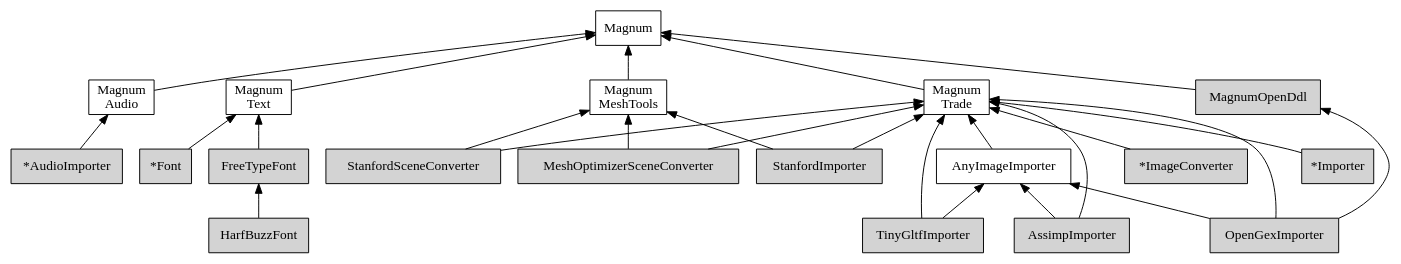
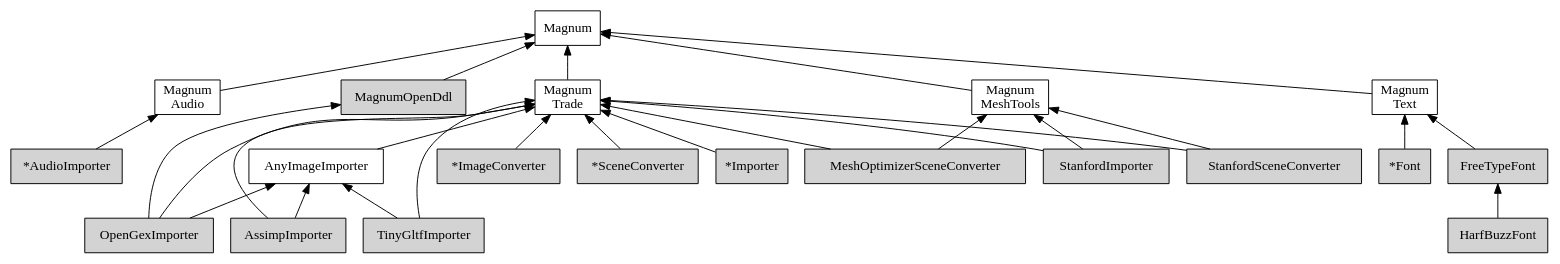
One commit to mosra/magnum-plugins changed the diagram in doc/custom-buildsystems-plugins-order.dot. Above: the diagram before and after it, drawn with Graphviz. The commit also changed 1 other file, not shown here.

```diff
--- a/doc/custom-buildsystems-plugins-order.dot
+++ b/doc/custom-buildsystems-plugins-order.dot
@@ -1,83 +1,85 @@
 /*
     This file is part of Magnum.
 
     Copyright © 2010, 2011, 2012, 2013, 2014, 2015, 2016, 2017, 2018, 2019,
                 2020 Vladimír Vondruš <mosra@centrum.cz>
 
     Permission is hereby granted, free of charge, to any person obtaining a
     copy of this software and associated documentation files (the "Software"),
     to deal in the Software without restriction, including without limitation
     the rights to use, copy, modify, merge, publish, distribute, sublicense,
     and/or sell copies of the Software, and to permit persons to whom the
     Software is furnished to do so, subject to the following conditions:
 
     The above copyright notice and this permission notice shall be included
     in all copies or substantial portions of the Software.
 
     THE SOFTWARE IS PROVIDED "AS IS", WITHOUT WARRANTY OF ANY KIND, EXPRESS OR
     IMPLIED, INCLUDING BUT NOT LIMITED TO THE WARRANTIES OF MERCHANTABILITY,
     FITNESS FOR A PARTICULAR PURPOSE AND NONINFRINGEMENT. IN NO EVENT SHALL
     THE AUTHORS OR COPYRIGHT HOLDERS BE LIABLE FOR ANY CLAIM, DAMAGES OR OTHER
     LIABILITY, WHETHER IN AN ACTION OF CONTRACT, TORT OR OTHERWISE, ARISING
     FROM, OUT OF OR IN CONNECTION WITH THE SOFTWARE OR THE USE OR OTHER
     DEALINGS IN THE SOFTWARE.
 */
 
 digraph "Magnum Plugins dependency order" {
     rankdir=BT
     ranksep=0.5
     node [style=filled shape=rect margin="0.03,0.03"]
 
     Magnum [style=solid class="m-info"]
     MagnumAudio [style=solid label="Magnum\nAudio" class="m-info"]
     MagnumMeshTools [style=solid label="Magnum\nMeshTools" class="m-info"]
     MagnumText [style=solid label="Magnum\nText" class="m-info"]
     MagnumTrade [style=solid label="Magnum\nTrade" class="m-info"]
 
     {rank=same MagnumAudio MagnumMeshTools MagnumText MagnumTrade}
 
     AnyImageImporter [style=solid class="m-success"]
 
     MagnumOpenDdl [class="m-info"]
 
     AudioImporter [label="*AudioImporter" class="m-success"]
     ImageConverter [label="*ImageConverter" class="m-success"]
+    SceneConverter [label="*SceneConverter" class="m-success"]
     Importer [label="*Importer" class="m-success"]
     Font [label="*Font" class="m-success"]
 
     AssimpImporter [class="m-success"]
     FreeTypeFont [class="m-success"]
     HarfBuzzFont [class="m-success"]
     OpenGexImporter [class="m-success"]
     TinyGltfImporter [class="m-success"]
 
     MagnumAudio -> Magnum [class="m-info"]
     MagnumMeshTools -> Magnum [class="m-info"]
     MagnumText -> Magnum [class="m-info"]
     MagnumTrade -> Magnum [class="m-info"]
 
     AnyImageImporter -> MagnumTrade [class="m-success"]
 
     MagnumOpenDdl -> Magnum
 
     AudioImporter -> MagnumAudio
     ImageConverter -> MagnumTrade
+    SceneConverter -> MagnumTrade
     Importer -> MagnumTrade
     Font -> MagnumText
 
     AssimpImporter -> MagnumTrade
     AssimpImporter -> AnyImageImporter
     FreeTypeFont -> MagnumText
     HarfBuzzFont -> FreeTypeFont
     MeshOptimizerSceneConverter -> MagnumTrade
     MeshOptimizerSceneConverter -> MagnumMeshTools
     OpenGexImporter -> MagnumTrade
     OpenGexImporter -> AnyImageImporter
     OpenGexImporter -> MagnumOpenDdl
     StanfordImporter -> MagnumTrade
     StanfordImporter -> MagnumMeshTools
     StanfordSceneConverter -> MagnumTrade
     StanfordSceneConverter -> MagnumMeshTools
     TinyGltfImporter -> MagnumTrade
     TinyGltfImporter -> AnyImageImporter
 }
```
